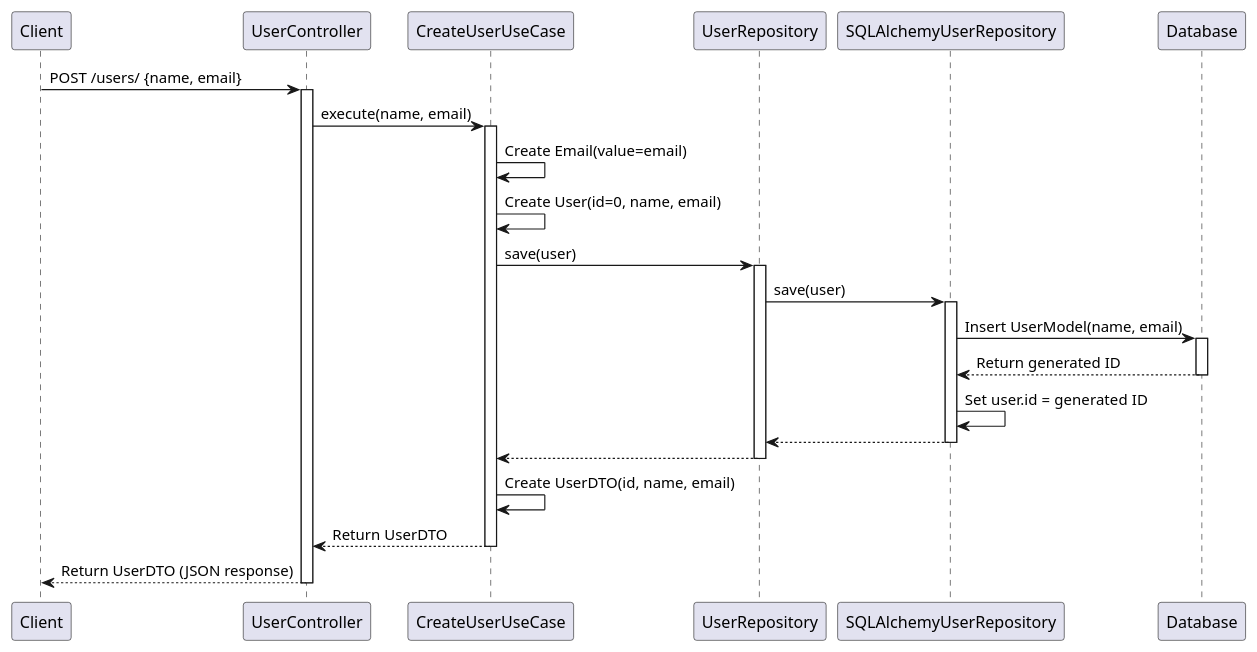
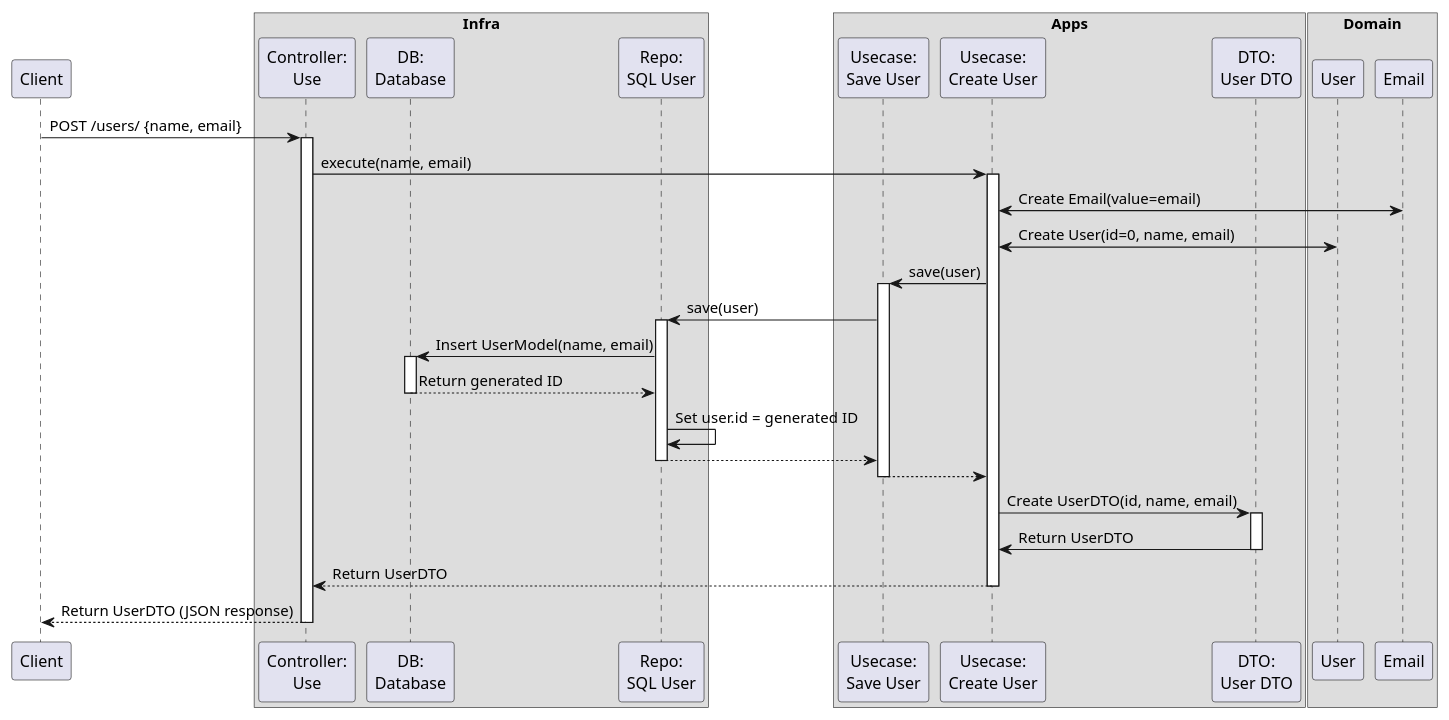
Before and after one commit to jessewei/clean-python-app: the diagram in docs/puml/seq.puml, drawn with PlantUML. The commit also changed 5 other files, not shown here.

Commit message:
uml update

```diff
--- a/docs/puml/seq.puml
+++ b/docs/puml/seq.puml
@@ -1,34 +1,63 @@
-@startuml
+@startuml Sequence
+participant Client
+box  Infra 
+  participant UserController as  "Controller:\nUse"
+  participant Database as  "DB:\nDatabase"
+  participant SQLAlchemyUserRepository as  "Repo:\nSQL User"
+end box
+
+box Apps
+  ' box Usecase
+    participant UserRepository as  "Usecase:\nSave User"
+    participant CreateUserUseCase as  "Usecase:\nCreate User"
+  ' end box
+  participant UserDTO as  "DTO:\nUser DTO"
+  ' participant DomainError as  "Apps.Error:\nDomain Error"
+end box
+
+box Domain
+  participant User as  "User"
+  participant Email as  "Email"
+end box
+' participant SQLAlchemyUserRepository as  "Infra.Repo:\nSQLAlchemy User"
+' participant Database as  "Infra.DB:\nDatabase"
+
+
 Client -> UserController: POST /users/ {name, email} 
 activate UserController
 
 UserController -> CreateUserUseCase: execute(name, email) 
 activate CreateUserUseCase
 
-CreateUserUseCase -> CreateUserUseCase: Create Email(value=email) 
-CreateUserUseCase -> CreateUserUseCase: Create User(id=0, name, email) 
+CreateUserUseCase <-> Email: Create Email(value=email) 
+CreateUserUseCase <-> User: Create User(id=0, name, email) 
+
 CreateUserUseCase -> UserRepository: save(user) 
 activate UserRepository
 
 UserRepository -> SQLAlchemyUserRepository: save(user) 
 activate SQLAlchemyUserRepository
 
 SQLAlchemyUserRepository -> Database: Insert UserModel(name, email) 
 activate Database 
 Database --> SQLAlchemyUserRepository: Return generated ID 
 deactivate Database
 
 SQLAlchemyUserRepository -> SQLAlchemyUserRepository: Set user.id = generated ID 
 SQLAlchemyUserRepository --> UserRepository: 
 deactivate SQLAlchemyUserRepository
 
 UserRepository --> CreateUserUseCase: 
 deactivate UserRepository
 
-CreateUserUseCase -> CreateUserUseCase: Create UserDTO(id, name, email) 
+CreateUserUseCase -> UserDTO: Create UserDTO(id, name, email) 
+activate UserDTO
+UserDTO->CreateUserUseCase: Return UserDTO
+deactivate  UserDTO
+
 CreateUserUseCase --> UserController: Return UserDTO 
 deactivate CreateUserUseCase
 
 UserController --> Client: Return UserDTO (JSON response) 
 deactivate UserController
 @enduml
```
